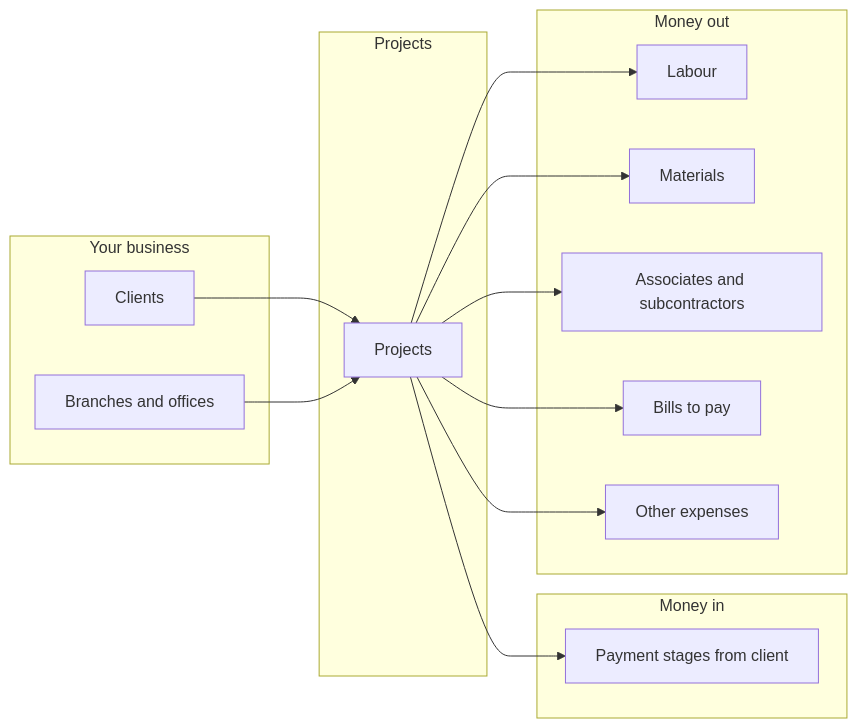
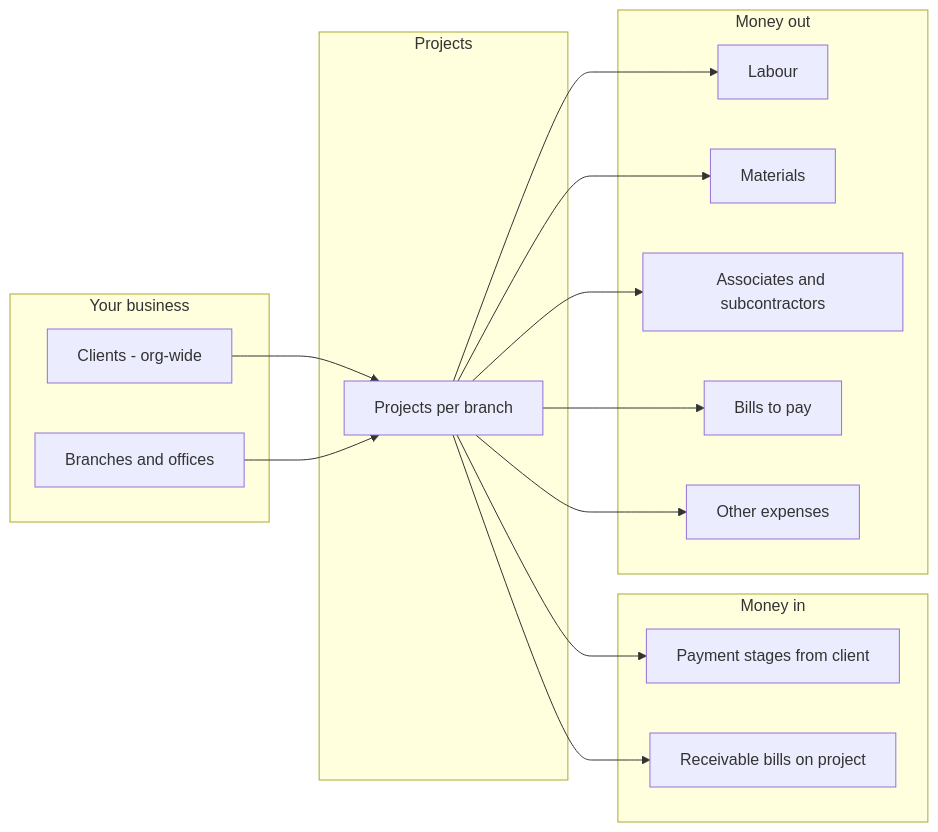
Before and after one commit to mishabcp/buildops: the first of 4 diagrams in docs/BUILDOPS_OVERVIEW.md, drawn with Mermaid. The commit also changed other lines of this file and 45 other files, not shown here.

````diff
--- a/docs/BUILDOPS_OVERVIEW.md
+++ b/docs/BUILDOPS_OVERVIEW.md
@@ -9,28 +9,30 @@
 ```mermaid
 flowchart LR
   subgraph inputs [Your business]
-    Clients[Clients]
+    Clients[Clients - org-wide]
     Branches[Branches and offices]
   end
   subgraph core [Projects]
-    Projects[Projects]
+    Projects[Projects per branch]
   end
   subgraph moneyIn [Money in]
     Stages[Payment stages from client]
+    RecBills[Receivable bills on project]
   end
   subgraph moneyOut [Money out]
     Labour[Labour]
     Materials[Materials]
     Associates[Associates and subcontractors]
     Bills[Bills to pay]
     Expenses[Other expenses]
   end
   Clients --> Projects
   Branches --> Projects
   Projects --> Stages
+  Projects --> RecBills
   Projects --> Labour
   Projects --> Materials
   Projects --> Associates
   Projects --> Bills
   Projects --> Expenses
 ```
````
